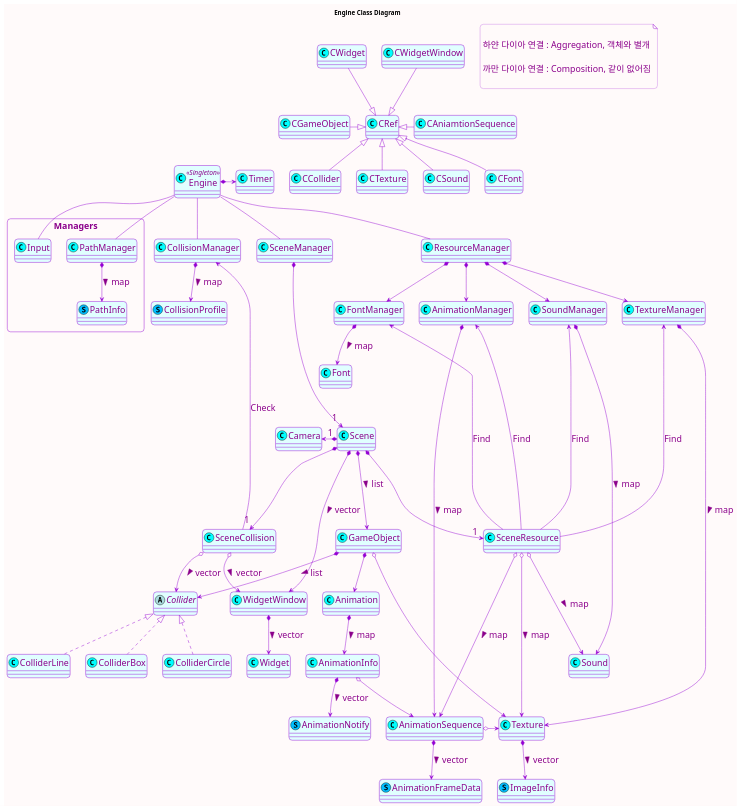
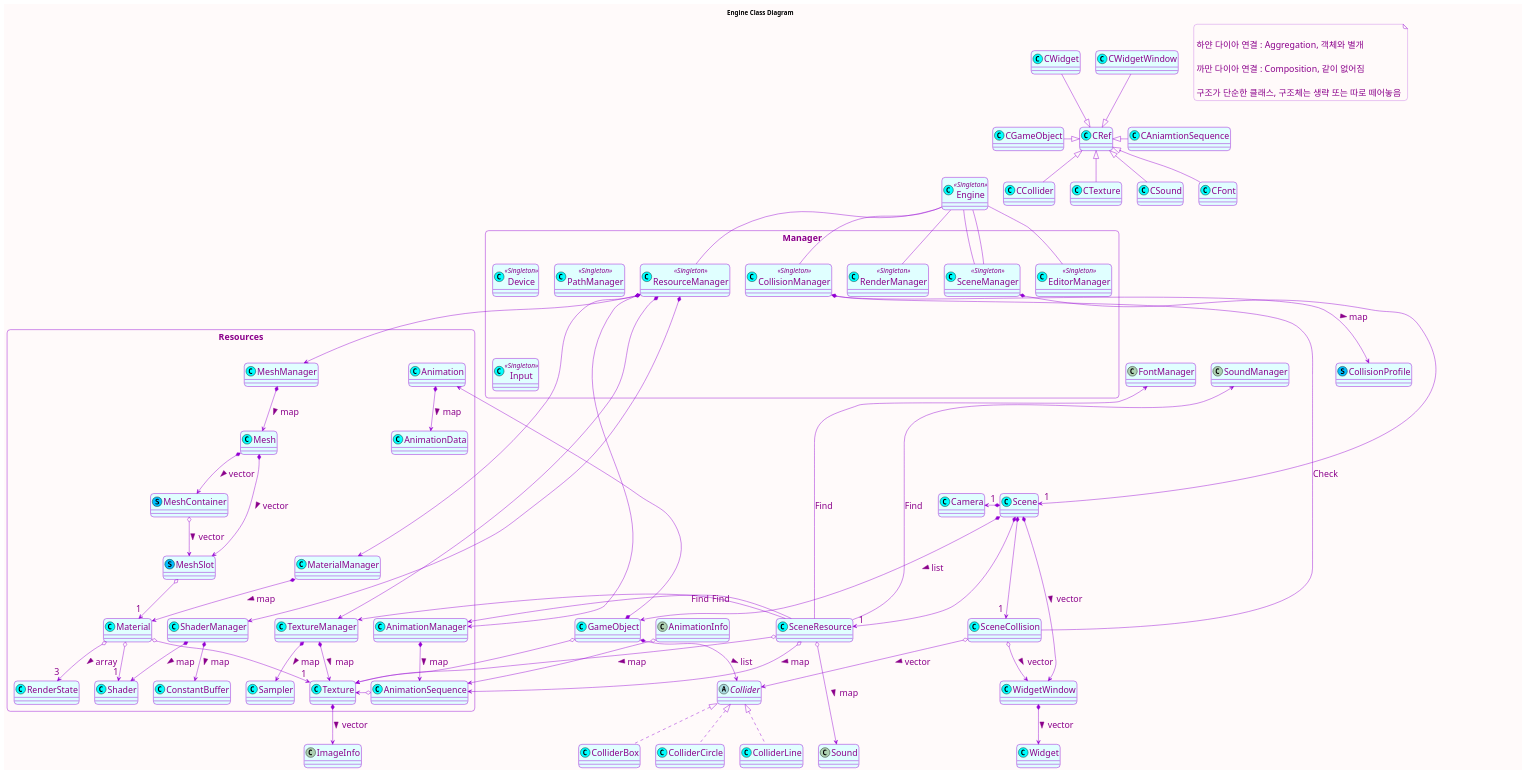
One commit to leekkang/StudyEngineering changed the diagram in docs/diagram/DX_Engine_object_diagram.wsd. Above: the diagram before and after it, drawn with PlantUML. The commit also changed 1 other file, not shown here.

Commit message:
add OBB collision

```diff
--- a/docs/diagram/DX_Engine_object_diagram.wsd
+++ b/docs/diagram/DX_Engine_object_diagram.wsd
@@ -35,21 +35,54 @@
 
   까만 다이아 연결 : Composition, 같이 없어짐
 
+  구조가 단순한 클래스, 구조체는 생략 또는 따로 떼어놓음
 end note
 
 class Engine <<(C, Aqua) Singleton>>
-class Timer <<(C, Aqua)>>
 
-package Managers <<Rectangle>> {
-  class Input <<(C, Aqua)>>
-  class PathManager <<(C, Aqua)>>
-  class PathInfo <<(S, DeepSkyBlue)>>
+package Manager <<Rectangle>> {
+  class Device <<(C, Aqua) Singleton>>
+  class PathManager <<(C, Aqua) Singleton>>
+  class Input <<(C, Aqua) Singleton>>
+  class CollisionManager <<(C, Aqua) Singleton>>
+  class ResourceManager <<(C, Aqua) Singleton>>
+  class RenderManager <<(C, Aqua) Singleton>>
+  class SceneManager <<(C, Aqua) Singleton>>
+  class EditorManager <<(C, Aqua) Singleton>>
 }
 
-class CollisionManager <<(C, Aqua)>>
 class CollisionProfile <<(S, DeepSkyBlue)>>
 
-class SceneManager <<(C, Aqua)>>
+package Resources <<Rectangle>> {
+  class ShaderManager <<(C, Aqua)>>
+  class TextureManager <<(C, Aqua)>>
+  class MaterialManager <<(C, Aqua)>>
+  class MeshManager <<(C, Aqua)>>
+  class AnimationManager <<(C, Aqua)>>
+
+  class Shader <<(C, Aqua)>>
+  class ConstantBuffer <<(C, Aqua)>>
+
+  class Texture <<(C, Aqua)>>
+  class Sampler <<(C, Aqua)>>
+
+  class Material <<(C, Aqua)>>
+  class RenderState <<(C, Aqua)>>
+
+  class Mesh <<(C, Aqua)>>
+  class MeshContainer <<(S, DeepSkyBlue)>>
+  class MeshSlot <<(S, DeepSkyBlue)>>
+
+  class Animation <<(C, Aqua)>>
+  class AnimationData <<(C, Aqua)>>
+  class AnimationSequence <<(C, Aqua)>>
+  'class SoundManager <<(C, Aqua)>>
+  'class Sound <<(C, Aqua)>>
+
+  'class FontManager <<(C, Aqua)>>
+  'class Font <<(C, Aqua)>>
+}
+
 class Scene <<(C, Aqua)>>
 class GameObject <<(C, Aqua)>>
 class Camera <<(C, Aqua)>>
@@ -57,24 +90,6 @@
 class SceneResource <<(C, Aqua)>>
 class WidgetWindow <<(C, Aqua)>>
 class Widget <<(C, Aqua)>>
-
-class ResourceManager <<(C, Aqua)>>
-class TextureManager <<(C, Aqua)>>
-class Texture <<(C, Aqua)>>
-class ImageInfo <<(S, DeepSkyBlue)>>
-
-class AnimationManager <<(C, Aqua)>>
-class AnimationSequence <<(C, Aqua)>>
-class Animation <<(C, Aqua)>>
-class AnimationInfo <<(C, Aqua)>>
-class AnimationNotify <<(S, DeepSkyBlue)>>
-class AnimationFrameData <<(S, DeepSkyBlue)>>
-
-class SoundManager <<(C, Aqua)>>
-class Sound <<(C, Aqua)>>
-
-class FontManager <<(C, Aqua)>>
-class Font <<(C, Aqua)>>
 
 abstract class Collider
 class ColliderBox <<(C, Aqua)>>
@@ -106,29 +121,58 @@
 CRef <|-up-  CWidget
 
 
-Engine *-right-> Timer
-Engine -- Input
-Engine -- PathManager
-PathManager *--> PathInfo : map >
-
-Engine -- ResourceManager
-ResourceManager *--> TextureManager
-ResourceManager *--> AnimationManager
-ResourceManager *--> SoundManager
-ResourceManager *--> FontManager
-TextureManager *----> Texture : map >
-AnimationManager *----> AnimationSequence : map >
-SoundManager *--> Sound : map >
-FontManager *--> Font : map >
-
-TextureManager -- hidden
-AnimationManager -- hidden
-SoundManager -- hidden
-FontManager -- hidden
-hidden -- Scene
-
+'Engine -- Device
+'Engine -- Input
+'Engine -- PathManager
 Engine -- CollisionManager
 CollisionManager *--> CollisionProfile : map >
+Engine -- ResourceManager
+Engine -- RenderManager
+Engine -- SceneManager
+Engine -- EditorManager
+
+
+  ResourceManager *--> ShaderManager
+  ResourceManager *--> TextureManager
+  ResourceManager *--> MaterialManager
+  ResourceManager *--> MeshManager
+  ResourceManager *--> AnimationManager
+  'ResourceManager *--> SoundManager
+  'ResourceManager *--> FontManager
+    ShaderManager *--> Shader : map >
+    ShaderManager *--> ConstantBuffer : map >
+    TextureManager *--> Texture : map >
+    TextureManager *--> Sampler : map >
+    MaterialManager *--> Material : map >
+      Material o--> "1" Texture
+      Material o--> "1" Shader
+      Material o--> "3" RenderState : array >
+    MeshManager *--> Mesh : map >
+      Mesh *--> MeshContainer : vector >
+      Mesh *--> MeshSlot : vector >
+        MeshContainer o--> MeshSlot : vector >
+        MeshSlot o--> "1" Material
+    
+    AnimationManager *--> AnimationSequence : map >
+      Animation *--> AnimationData : map >
+      AnimationInfo o--> AnimationSequence
+      AnimationSequence o-> Texture
+    'SoundManager *--> Sound : map >
+    'FontManager *--> Font : map >
+
+    TextureManager -- hidden
+    AnimationManager -- hidden
+    SoundManager -- hidden
+    FontManager -- hidden
+    hidden -- Scene
+
+
+
+
+
+
+
+
 
 
 Engine -- SceneManager
@@ -160,11 +204,6 @@
 
 GameObject o--> Texture
 GameObject *--> Animation
-Animation *--> AnimationInfo : map >
-AnimationInfo *--> AnimationNotify : vector >
-AnimationInfo o--> AnimationSequence
-AnimationSequence o-> Texture
-AnimationSequence *--> AnimationFrameData : vector >
 
 hide hidden
 hide hidden1
```
